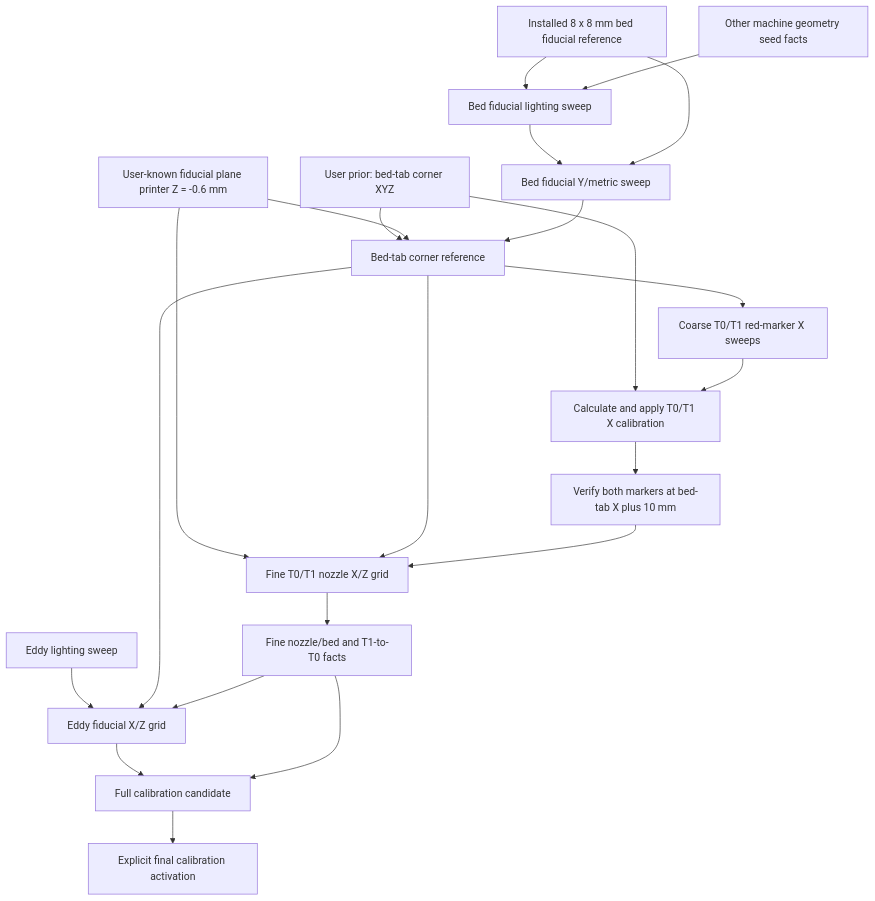
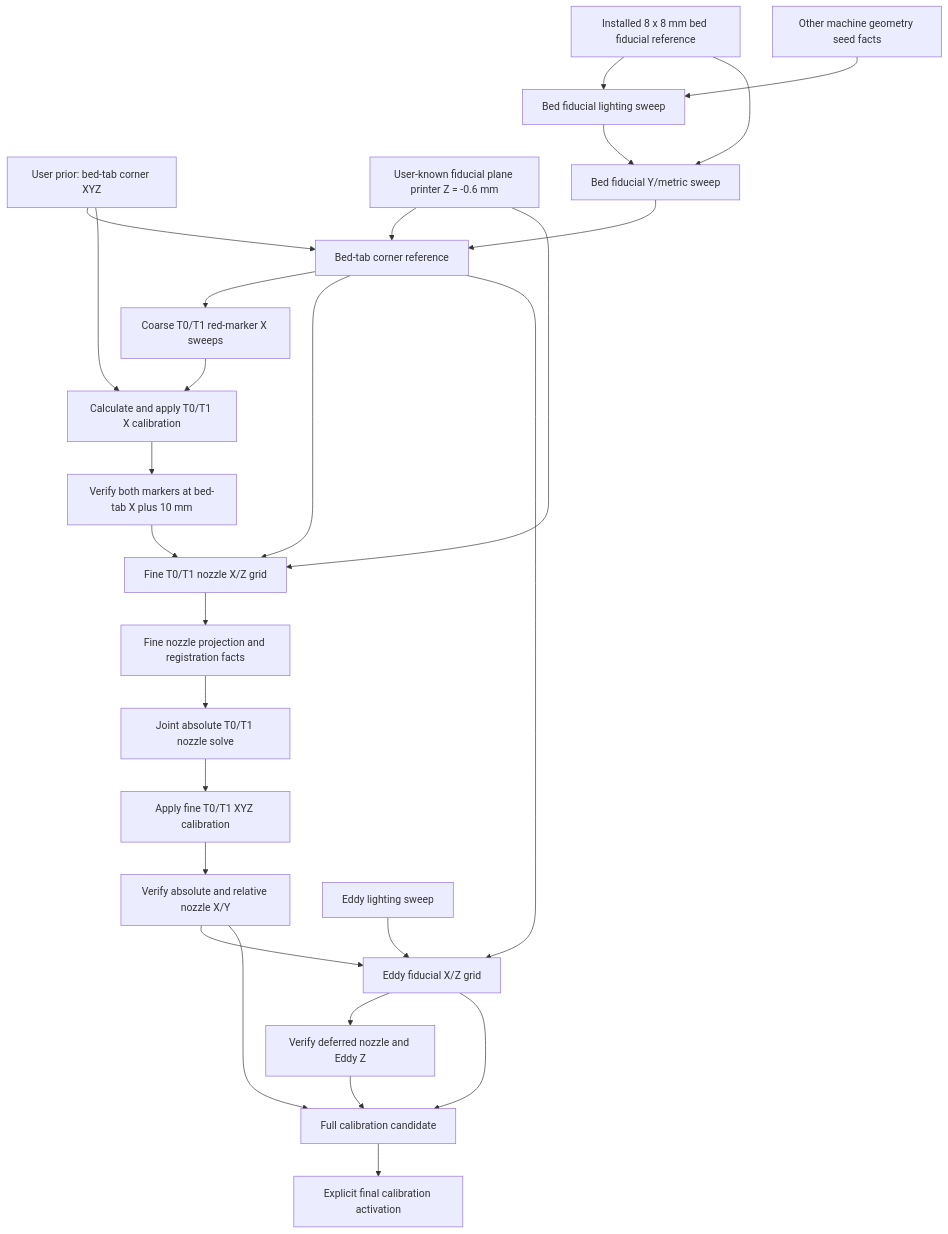
One commit to m-emm/mege-ender-3v3ke-idex changed the diagram in VISION_CALIBRATION_GRAPH_CONCEPT.md. Above: the diagram before and after it, drawn with Mermaid. The commit also changed other lines of this file and 10 other files, not shown here.

````diff
--- a/VISION_CALIBRATION_GRAPH_CONCEPT.md
+++ b/VISION_CALIBRATION_GRAPH_CONCEPT.md
@@ -113,25 +113,30 @@
 ```mermaid
 flowchart TD
     P[User prior: bed-tab corner XYZ] --> C[Bed-tab corner reference]
     Q[Installed 8 x 8 mm bed fiducial reference] --> L[Bed fiducial lighting sweep]
     ZP[User-known fiducial plane printer Z = -0.6 mm] --> C
     ZP --> F
     G[Other machine geometry seed facts] --> L
     L --> Y[Bed fiducial Y/metric sweep]
     Q --> Y
     Y --> C[Bed-tab corner reference]
     C --> R[Coarse T0/T1 red-marker X sweeps]
     P --> AX[Calculate and apply T0/T1 X calibration]
     R --> AX
     AX --> VX[Verify both markers at bed-tab X plus 10 mm]
     C --> F[Fine T0/T1 nozzle X/Z grid]
     VX --> F
-    F --> N[Fine nozzle/bed and T1-to-T0 facts]
+    F --> N[Fine nozzle projection and registration facts]
+    N --> S51[Joint absolute T0/T1 nozzle solve]
+    S51 --> A51[Apply fine T0/T1 XYZ calibration]
+    A51 --> V51[Verify absolute and relative nozzle X/Y]
 
     EL[Eddy lighting sweep] --> E[Eddy fiducial X/Z grid]
     C --> E
-    N --> E
+    V51 --> E
+    E --> ZV[Verify deferred nozzle and Eddy Z]
     E --> D[Full calibration candidate]
-    N --> D
+    V51 --> D
+    ZV --> D
     D --> A[Explicit final calibration activation]
 ```
````
